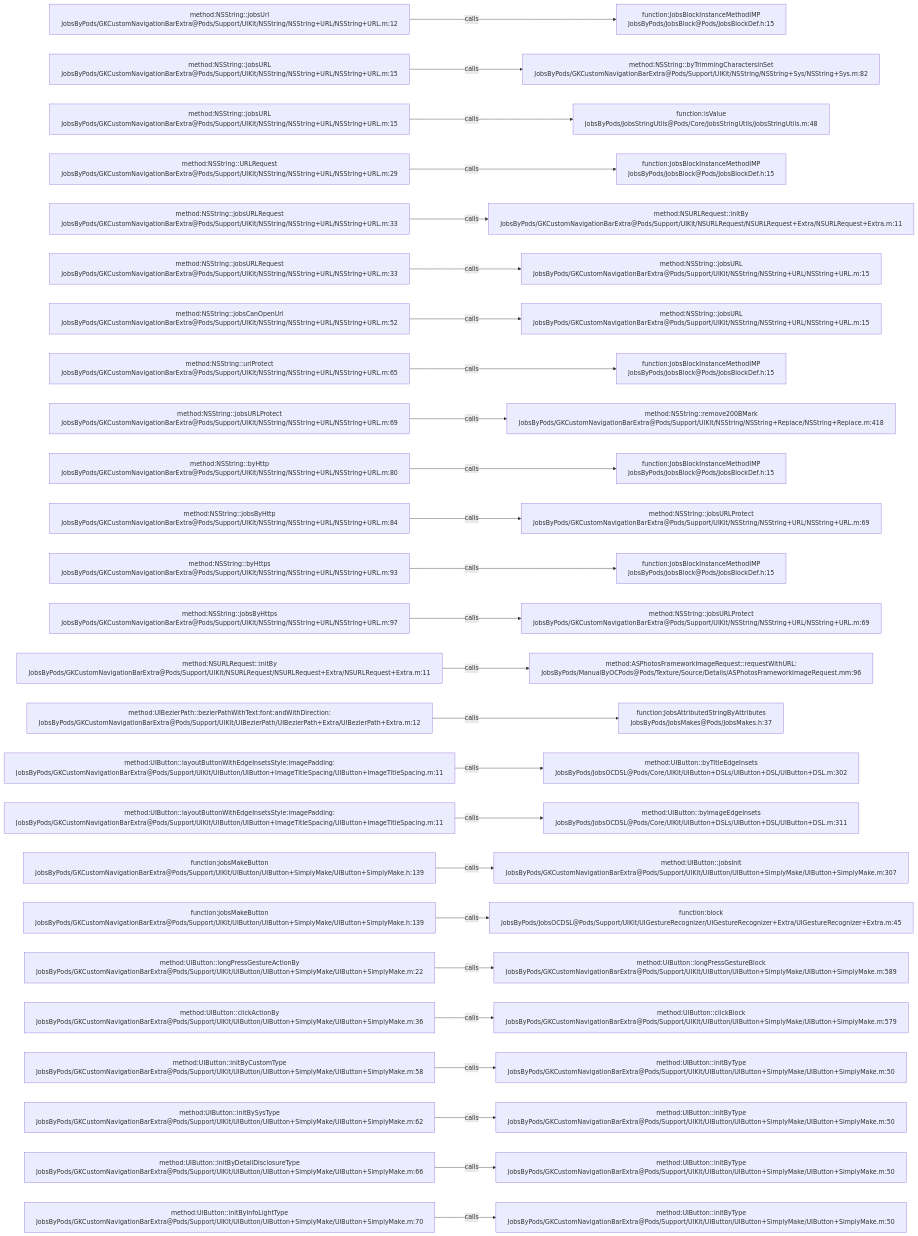
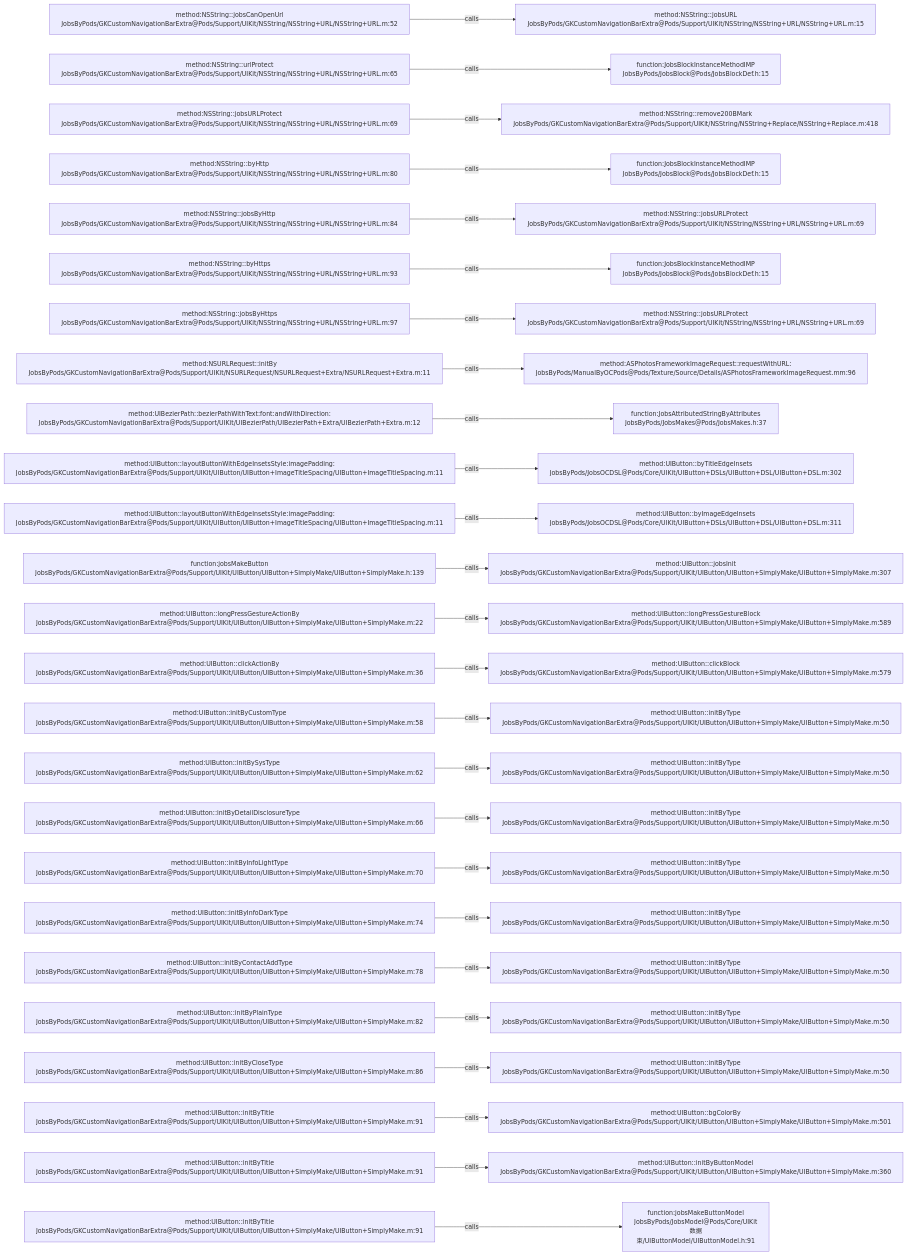
Before and after one commit to JobsKits/JobsOCBaseConfigDemo: the diagram in .codegraph/codegraph.md/graphs/calls-020.md, drawn with Mermaid. The commit also changed 223 other files, not shown here.

````diff
--- a/.codegraph/codegraph.md/graphs/calls-020.md
+++ b/.codegraph/codegraph.md/graphs/calls-020.md
@@ -13,78 +13,78 @@
 ```mermaid
 flowchart LR
-  S1["method:NSString::jobsUrl<br/>JobsByPods/GKCustomNavigationBarExtra@Pods/Support/UIKit/NSString/NSString+URL/NSString+URL.m:12"]
-  T1["function:JobsBlockInstanceMethodIMP<br/>JobsByPods/JobsBlock@Pods/JobsBlockDef.h:15"]
+  S1["method:NSString::jobsCanOpenUrl<br/>JobsByPods/GKCustomNavigationBarExtra@Pods/Support/UIKit/NSString/NSString+URL/NSString+URL.m:52"]
+  T1["method:NSString::jobsURL<br/>JobsByPods/GKCustomNavigationBarExtra@Pods/Support/UIKit/NSString/NSString+URL/NSString+URL.m:15"]
   S1 -->|calls| T1
-  S2["method:NSString::jobsURL<br/>JobsByPods/GKCustomNavigationBarExtra@Pods/Support/UIKit/NSString/NSString+URL/NSString+URL.m:15"]
-  T2["method:NSString::byTrimmingCharactersInSet<br/>JobsByPods/GKCustomNavigationBarExtra@Pods/Support/UIKit/NSString/NSString+Sys/NSString+Sys.m:82"]
+  S2["method:NSString::urlProtect<br/>JobsByPods/GKCustomNavigationBarExtra@Pods/Support/UIKit/NSString/NSString+URL/NSString+URL.m:65"]
+  T2["function:JobsBlockInstanceMethodIMP<br/>JobsByPods/JobsBlock@Pods/JobsBlockDef.h:15"]
   S2 -->|calls| T2
-  S3["method:NSString::jobsURL<br/>JobsByPods/GKCustomNavigationBarExtra@Pods/Support/UIKit/NSString/NSString+URL/NSString+URL.m:15"]
-  T3["function:isValue<br/>JobsByPods/JobsStringUtils@Pods/Core/JobsStringUtils/JobsStringUtils.m:48"]
+  S3["method:NSString::jobsURLProtect<br/>JobsByPods/GKCustomNavigationBarExtra@Pods/Support/UIKit/NSString/NSString+URL/NSString+URL.m:69"]
+  T3["method:NSString::remove200BMark<br/>JobsByPods/GKCustomNavigationBarExtra@Pods/Support/UIKit/NSString/NSString+Replace/NSString+Replace.m:418"]
   S3 -->|calls| T3
-  S4["method:NSString::URLRequest<br/>JobsByPods/GKCustomNavigationBarExtra@Pods/Support/UIKit/NSString/NSString+URL/NSString+URL.m:29"]
+  S4["method:NSString::byHttp<br/>JobsByPods/GKCustomNavigationBarExtra@Pods/Support/UIKit/NSString/NSString+URL/NSString+URL.m:80"]
   T4["function:JobsBlockInstanceMethodIMP<br/>JobsByPods/JobsBlock@Pods/JobsBlockDef.h:15"]
   S4 -->|calls| T4
-  S5["method:NSString::jobsURLRequest<br/>JobsByPods/GKCustomNavigationBarExtra@Pods/Support/UIKit/NSString/NSString+URL/NSString+URL.m:33"]
-  T5["method:NSURLRequest::initBy<br/>JobsByPods/GKCustomNavigationBarExtra@Pods/Support/UIKit/NSURLRequest/NSURLRequest+Extra/NSURLRequest+Extra.m:11"]
+  S5["method:NSString::jobsByHttp<br/>JobsByPods/GKCustomNavigationBarExtra@Pods/Support/UIKit/NSString/NSString+URL/NSString+URL.m:84"]
+  T5["method:NSString::jobsURLProtect<br/>JobsByPods/GKCustomNavigationBarExtra@Pods/Support/UIKit/NSString/NSString+URL/NSString+URL.m:69"]
   S5 -->|calls| T5
-  S6["method:NSString::jobsURLRequest<br/>JobsByPods/GKCustomNavigationBarExtra@Pods/Support/UIKit/NSString/NSString+URL/NSString+URL.m:33"]
-  T6["method:NSString::jobsURL<br/>JobsByPods/GKCustomNavigationBarExtra@Pods/Support/UIKit/NSString/NSString+URL/NSString+URL.m:15"]
+  S6["method:NSString::byHttps<br/>JobsByPods/GKCustomNavigationBarExtra@Pods/Support/UIKit/NSString/NSString+URL/NSString+URL.m:93"]
+  T6["function:JobsBlockInstanceMethodIMP<br/>JobsByPods/JobsBlock@Pods/JobsBlockDef.h:15"]
   S6 -->|calls| T6
-  S7["method:NSString::jobsCanOpenUrl<br/>JobsByPods/GKCustomNavigationBarExtra@Pods/Support/UIKit/NSString/NSString+URL/NSString+URL.m:52"]
-  T7["method:NSString::jobsURL<br/>JobsByPods/GKCustomNavigationBarExtra@Pods/Support/UIKit/NSString/NSString+URL/NSString+URL.m:15"]
+  S7["method:NSString::jobsByHttps<br/>JobsByPods/GKCustomNavigationBarExtra@Pods/Support/UIKit/NSString/NSString+URL/NSString+URL.m:97"]
+  T7["method:NSString::jobsURLProtect<br/>JobsByPods/GKCustomNavigationBarExtra@Pods/Support/UIKit/NSString/NSString+URL/NSString+URL.m:69"]
   S7 -->|calls| T7
-  S8["method:NSString::urlProtect<br/>JobsByPods/GKCustomNavigationBarExtra@Pods/Support/UIKit/NSString/NSString+URL/NSString+URL.m:65"]
-  T8["function:JobsBlockInstanceMethodIMP<br/>JobsByPods/JobsBlock@Pods/JobsBlockDef.h:15"]
+  S8["method:NSURLRequest::initBy<br/>JobsByPods/GKCustomNavigationBarExtra@Pods/Support/UIKit/NSURLRequest/NSURLRequest+Extra/NSURLRequest+Extra.m:11"]
+  T8["method:ASPhotosFrameworkImageRequest::requestWithURL:<br/>JobsByPods/ManualByOCPods@Pods/Texture/Source/Details/ASPhotosFrameworkImageRequest.mm:96"]
   S8 -->|calls| T8
-  S9["method:NSString::jobsURLProtect<br/>JobsByPods/GKCustomNavigationBarExtra@Pods/Support/UIKit/NSString/NSString+URL/NSString+URL.m:69"]
-  T9["method:NSString::remove200BMark<br/>JobsByPods/GKCustomNavigationBarExtra@Pods/Support/UIKit/NSString/NSString+Replace/NSString+Replace.m:418"]
+  S9["method:UIBezierPath::bezierPathWithText:font:andWithDirection:<br/>JobsByPods/GKCustomNavigationBarExtra@Pods/Support/UIKit/UIBezierPath/UIBezierPath+Extra/UIBezierPath+Extra.m:12"]
+  T9["function:JobsAttributedStringByAttributes<br/>JobsByPods/JobsMakes@Pods/JobsMakes.h:37"]
   S9 -->|calls| T9
-  S10["method:NSString::byHttp<br/>JobsByPods/GKCustomNavigationBarExtra@Pods/Support/UIKit/NSString/NSString+URL/NSString+URL.m:80"]
-  T10["function:JobsBlockInstanceMethodIMP<br/>JobsByPods/JobsBlock@Pods/JobsBlockDef.h:15"]
+  S10["method:UIButton::layoutButtonWithEdgeInsetsStyle:imagePadding:<br/>JobsByPods/GKCustomNavigationBarExtra@Pods/Support/UIKit/UIButton/UIButton+ImageTitleSpacing/UIButton+ImageTitleSpacing.m:11"]
+  T10["method:UIButton::byTitleEdgeInsets<br/>JobsByPods/JobsOCDSL@Pods/Core/UIKit/UIButton+DSLs/UIButton+DSL/UIButton+DSL.m:302"]
   S10 -->|calls| T10
-  S11["method:NSString::jobsByHttp<br/>JobsByPods/GKCustomNavigationBarExtra@Pods/Support/UIKit/NSString/NSString+URL/NSString+URL.m:84"]
-  T11["method:NSString::jobsURLProtect<br/>JobsByPods/GKCustomNavigationBarExtra@Pods/Support/UIKit/NSString/NSString+URL/NSString+URL.m:69"]
+  S11["method:UIButton::layoutButtonWithEdgeInsetsStyle:imagePadding:<br/>JobsByPods/GKCustomNavigationBarExtra@Pods/Support/UIKit/UIButton/UIButton+ImageTitleSpacing/UIButton+ImageTitleSpacing.m:11"]
+  T11["method:UIButton::byImageEdgeInsets<br/>JobsByPods/JobsOCDSL@Pods/Core/UIKit/UIButton+DSLs/UIButton+DSL/UIButton+DSL.m:311"]
   S11 -->|calls| T11
-  S12["method:NSString::byHttps<br/>JobsByPods/GKCustomNavigationBarExtra@Pods/Support/UIKit/NSString/NSString+URL/NSString+URL.m:93"]
-  T12["function:JobsBlockInstanceMethodIMP<br/>JobsByPods/JobsBlock@Pods/JobsBlockDef.h:15"]
+  S12["function:jobsMakeButton<br/>JobsByPods/GKCustomNavigationBarExtra@Pods/Support/UIKit/UIButton/UIButton+SimplyMake/UIButton+SimplyMake.h:139"]
+  T12["method:UIButton::jobsInit<br/>JobsByPods/GKCustomNavigationBarExtra@Pods/Support/UIKit/UIButton/UIButton+SimplyMake/UIButton+SimplyMake.m:307"]
   S12 -->|calls| T12
-  S13["method:NSString::jobsByHttps<br/>JobsByPods/GKCustomNavigationBarExtra@Pods/Support/UIKit/NSString/NSString+URL/NSString+URL.m:97"]
-  T13["method:NSString::jobsURLProtect<br/>JobsByPods/GKCustomNavigationBarExtra@Pods/Support/UIKit/NSString/NSString+URL/NSString+URL.m:69"]
+  S13["method:UIButton::longPressGestureActionBy<br/>JobsByPods/GKCustomNavigationBarExtra@Pods/Support/UIKit/UIButton/UIButton+SimplyMake/UIButton+SimplyMake.m:22"]
+  T13["method:UIButton::longPressGestureBlock<br/>JobsByPods/GKCustomNavigationBarExtra@Pods/Support/UIKit/UIButton/UIButton+SimplyMake/UIButton+SimplyMake.m:589"]
   S13 -->|calls| T13
-  S14["method:NSURLRequest::initBy<br/>JobsByPods/GKCustomNavigationBarExtra@Pods/Support/UIKit/NSURLRequest/NSURLRequest+Extra/NSURLRequest+Extra.m:11"]
-  T14["method:ASPhotosFrameworkImageRequest::requestWithURL:<br/>JobsByPods/ManualByOCPods@Pods/Texture/Source/Details/ASPhotosFrameworkImageRequest.mm:96"]
+  S14["method:UIButton::clickActionBy<br/>JobsByPods/GKCustomNavigationBarExtra@Pods/Support/UIKit/UIButton/UIButton+SimplyMake/UIButton+SimplyMake.m:36"]
+  T14["method:UIButton::clickBlock<br/>JobsByPods/GKCustomNavigationBarExtra@Pods/Support/UIKit/UIButton/UIButton+SimplyMake/UIButton+SimplyMake.m:579"]
   S14 -->|calls| T14
-  S15["method:UIBezierPath::bezierPathWithText:font:andWithDirection:<br/>JobsByPods/GKCustomNavigationBarExtra@Pods/Support/UIKit/UIBezierPath/UIBezierPath+Extra/UIBezierPath+Extra.m:12"]
-  T15["function:JobsAttributedStringByAttributes<br/>JobsByPods/JobsMakes@Pods/JobsMakes.h:37"]
+  S15["method:UIButton::initByCustomType<br/>JobsByPods/GKCustomNavigationBarExtra@Pods/Support/UIKit/UIButton/UIButton+SimplyMake/UIButton+SimplyMake.m:58"]
+  T15["method:UIButton::initByType<br/>JobsByPods/GKCustomNavigationBarExtra@Pods/Support/UIKit/UIButton/UIButton+SimplyMake/UIButton+SimplyMake.m:50"]
   S15 -->|calls| T15
-  S16["method:UIButton::layoutButtonWithEdgeInsetsStyle:imagePadding:<br/>JobsByPods/GKCustomNavigationBarExtra@Pods/Support/UIKit/UIButton/UIButton+ImageTitleSpacing/UIButton+ImageTitleSpacing.m:11"]
-  T16["method:UIButton::byTitleEdgeInsets<br/>JobsByPods/JobsOCDSL@Pods/Core/UIKit/UIButton+DSLs/UIButton+DSL/UIButton+DSL.m:302"]
+  S16["method:UIButton::initBySysType<br/>JobsByPods/GKCustomNavigationBarExtra@Pods/Support/UIKit/UIButton/UIButton+SimplyMake/UIButton+SimplyMake.m:62"]
+  T16["method:UIButton::initByType<br/>JobsByPods/GKCustomNavigationBarExtra@Pods/Support/UIKit/UIButton/UIButton+SimplyMake/UIButton+SimplyMake.m:50"]
   S16 -->|calls| T16
-  S17["method:UIButton::layoutButtonWithEdgeInsetsStyle:imagePadding:<br/>JobsByPods/GKCustomNavigationBarExtra@Pods/Support/UIKit/UIButton/UIButton+ImageTitleSpacing/UIButton+ImageTitleSpacing.m:11"]
-  T17["method:UIButton::byImageEdgeInsets<br/>JobsByPods/JobsOCDSL@Pods/Core/UIKit/UIButton+DSLs/UIButton+DSL/UIButton+DSL.m:311"]
+  S17["method:UIButton::initByDetailDisclosureType<br/>JobsByPods/GKCustomNavigationBarExtra@Pods/Support/UIKit/UIButton/UIButton+SimplyMake/UIButton+SimplyMake.m:66"]
+  T17["method:UIButton::initByType<br/>JobsByPods/GKCustomNavigationBarExtra@Pods/Support/UIKit/UIButton/UIButton+SimplyMake/UIButton+SimplyMake.m:50"]
   S17 -->|calls| T17
-  S18["function:jobsMakeButton<br/>JobsByPods/GKCustomNavigationBarExtra@Pods/Support/UIKit/UIButton/UIButton+SimplyMake/UIButton+SimplyMake.h:139"]
-  T18["method:UIButton::jobsInit<br/>JobsByPods/GKCustomNavigationBarExtra@Pods/Support/UIKit/UIButton/UIButton+SimplyMake/UIButton+SimplyMake.m:307"]
+  S18["method:UIButton::initByInfoLightType<br/>JobsByPods/GKCustomNavigationBarExtra@Pods/Support/UIKit/UIButton/UIButton+SimplyMake/UIButton+SimplyMake.m:70"]
+  T18["method:UIButton::initByType<br/>JobsByPods/GKCustomNavigationBarExtra@Pods/Support/UIKit/UIButton/UIButton+SimplyMake/UIButton+SimplyMake.m:50"]
   S18 -->|calls| T18
-  S19["function:jobsMakeButton<br/>JobsByPods/GKCustomNavigationBarExtra@Pods/Support/UIKit/UIButton/UIButton+SimplyMake/UIButton+SimplyMake.h:139"]
-  T19["function:block<br/>JobsByPods/JobsOCDSL@Pods/Support/UIKit/UIGestureRecognizer/UIGestureRecognizer+Extra/UIGestureRecognizer+Extra.m:45"]
+  S19["method:UIButton::initByInfoDarkType<br/>JobsByPods/GKCustomNavigationBarExtra@Pods/Support/UIKit/UIButton/UIButton+SimplyMake/UIButton+SimplyMake.m:74"]
+  T19["method:UIButton::initByType<br/>JobsByPods/GKCustomNavigationBarExtra@Pods/Support/UIKit/UIButton/UIButton+SimplyMake/UIButton+SimplyMake.m:50"]
   S19 -->|calls| T19
-  S20["method:UIButton::longPressGestureActionBy<br/>JobsByPods/GKCustomNavigationBarExtra@Pods/Support/UIKit/UIButton/UIButton+SimplyMake/UIButton+SimplyMake.m:22"]
-  T20["method:UIButton::longPressGestureBlock<br/>JobsByPods/GKCustomNavigationBarExtra@Pods/Support/UIKit/UIButton/UIButton+SimplyMake/UIButton+SimplyMake.m:589"]
+  S20["method:UIButton::initByContactAddType<br/>JobsByPods/GKCustomNavigationBarExtra@Pods/Support/UIKit/UIButton/UIButton+SimplyMake/UIButton+SimplyMake.m:78"]
+  T20["method:UIButton::initByType<br/>JobsByPods/GKCustomNavigationBarExtra@Pods/Support/UIKit/UIButton/UIButton+SimplyMake/UIButton+SimplyMake.m:50"]
   S20 -->|calls| T20
-  S21["method:UIButton::clickActionBy<br/>JobsByPods/GKCustomNavigationBarExtra@Pods/Support/UIKit/UIButton/UIButton+SimplyMake/UIButton+SimplyMake.m:36"]
-  T21["method:UIButton::clickBlock<br/>JobsByPods/GKCustomNavigationBarExtra@Pods/Support/UIKit/UIButton/UIButton+SimplyMake/UIButton+SimplyMake.m:579"]
+  S21["method:UIButton::initByPlainType<br/>JobsByPods/GKCustomNavigationBarExtra@Pods/Support/UIKit/UIButton/UIButton+SimplyMake/UIButton+SimplyMake.m:82"]
+  T21["method:UIButton::initByType<br/>JobsByPods/GKCustomNavigationBarExtra@Pods/Support/UIKit/UIButton/UIButton+SimplyMake/UIButton+SimplyMake.m:50"]
   S21 -->|calls| T21
-  S22["method:UIButton::initByCustomType<br/>JobsByPods/GKCustomNavigationBarExtra@Pods/Support/UIKit/UIButton/UIButton+SimplyMake/UIButton+SimplyMake.m:58"]
+  S22["method:UIButton::initByCloseType<br/>JobsByPods/GKCustomNavigationBarExtra@Pods/Support/UIKit/UIButton/UIButton+SimplyMake/UIButton+SimplyMake.m:86"]
   T22["method:UIButton::initByType<br/>JobsByPods/GKCustomNavigationBarExtra@Pods/Support/UIKit/UIButton/UIButton+SimplyMake/UIButton+SimplyMake.m:50"]
   S22 -->|calls| T22
-  S23["method:UIButton::initBySysType<br/>JobsByPods/GKCustomNavigationBarExtra@Pods/Support/UIKit/UIButton/UIButton+SimplyMake/UIButton+SimplyMake.m:62"]
-  T23["method:UIButton::initByType<br/>JobsByPods/GKCustomNavigationBarExtra@Pods/Support/UIKit/UIButton/UIButton+SimplyMake/UIButton+SimplyMake.m:50"]
+  S23["method:UIButton::initByTitle<br/>JobsByPods/GKCustomNavigationBarExtra@Pods/Support/UIKit/UIButton/UIButton+SimplyMake/UIButton+SimplyMake.m:91"]
+  T23["method:UIButton::bgColorBy<br/>JobsByPods/GKCustomNavigationBarExtra@Pods/Support/UIKit/UIButton/UIButton+SimplyMake/UIButton+SimplyMake.m:501"]
   S23 -->|calls| T23
-  S24["method:UIButton::initByDetailDisclosureType<br/>JobsByPods/GKCustomNavigationBarExtra@Pods/Support/UIKit/UIButton/UIButton+SimplyMake/UIButton+SimplyMake.m:66"]
-  T24["method:UIButton::initByType<br/>JobsByPods/GKCustomNavigationBarExtra@Pods/Support/UIKit/UIButton/UIButton+SimplyMake/UIButton+SimplyMake.m:50"]
+  S24["method:UIButton::initByTitle<br/>JobsByPods/GKCustomNavigationBarExtra@Pods/Support/UIKit/UIButton/UIButton+SimplyMake/UIButton+SimplyMake.m:91"]
+  T24["method:UIButton::initByButtonModel<br/>JobsByPods/GKCustomNavigationBarExtra@Pods/Support/UIKit/UIButton/UIButton+SimplyMake/UIButton+SimplyMake.m:360"]
   S24 -->|calls| T24
-  S25["method:UIButton::initByInfoLightType<br/>JobsByPods/GKCustomNavigationBarExtra@Pods/Support/UIKit/UIButton/UIButton+SimplyMake/UIButton+SimplyMake.m:70"]
-  T25["method:UIButton::initByType<br/>JobsByPods/GKCustomNavigationBarExtra@Pods/Support/UIKit/UIButton/UIButton+SimplyMake/UIButton+SimplyMake.m:50"]
+  S25["method:UIButton::initByTitle<br/>JobsByPods/GKCustomNavigationBarExtra@Pods/Support/UIKit/UIButton/UIButton+SimplyMake/UIButton+SimplyMake.m:91"]
+  T25["function:jobsMakeButtonModel<br/>JobsByPods/JobsModel@Pods/Core/UIKit数据束/UIButtonModel/UIButtonModel.h:91"]
   S25 -->|calls| T25
 ```
````
